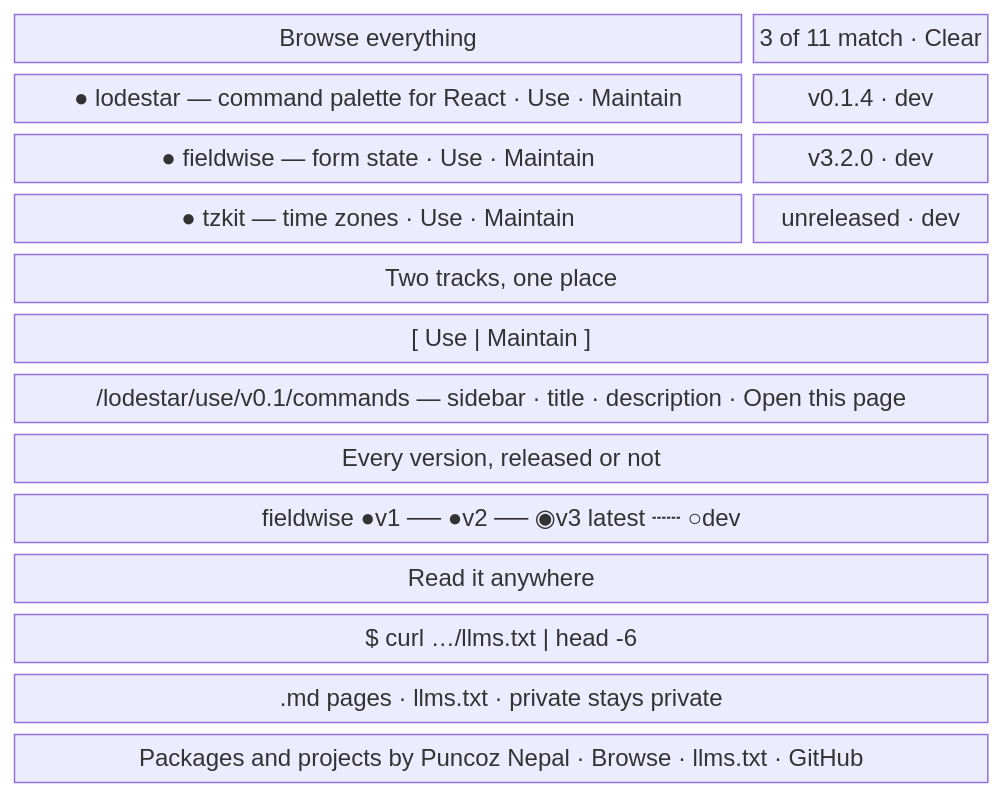
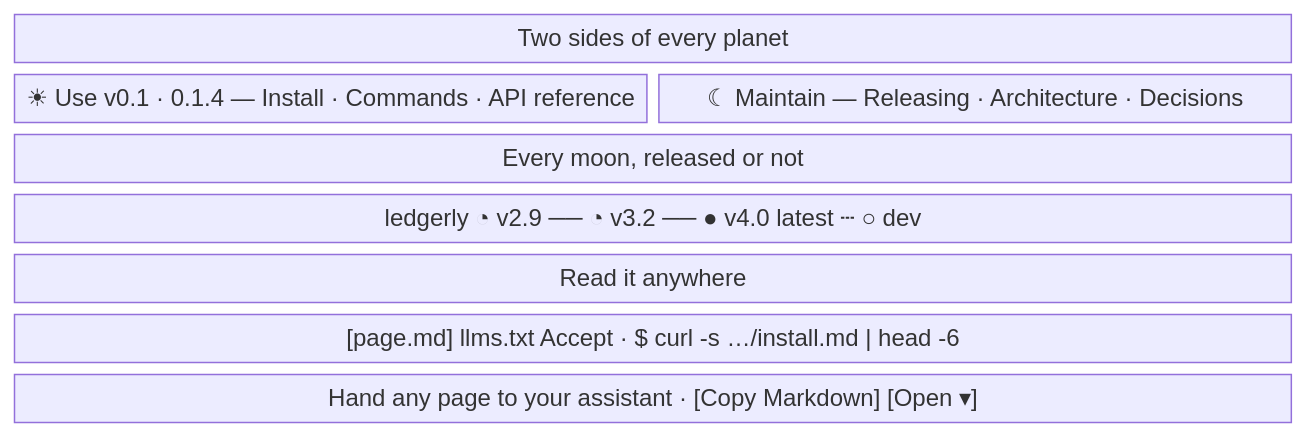
One commit to nepal-dev-com/docs.nepal-dev.com changed the seventh of 7 diagrams in content/docs/maintain/app-flow/home-page.mdx. Above: the diagram before and after it, drawn with Mermaid. The commit also changed other lines of this file and 63 other files, not shown here.

````diff
--- a/content/docs/maintain/app-flow/home-page.mdx
+++ b/content/docs/maintain/app-flow/home-page.mdx
@@ -165,17 +207,11 @@
 ```mermaid
 block-beta
   columns 4
-  hb["Browse everything"]:3 cnt["3 of 11 match · Clear"]
-  r1["● lodestar — command palette for React · Use · Maintain"]:3 v1["v0.1.4 · dev"]
-  r2["● fieldwise — form state · Use · Maintain"]:3 v2["v3.2.0 · dev"]
-  r3["● tzkit — time zones · Use · Maintain"]:3 v3["unreleased · dev"]
-  ht["Two tracks, one place"]:4
-  seg["[ Use | Maintain ]"]:4
-  win["/lodestar/use/v0.1/commands — sidebar · title · description · Open this page"]:4
-  hv["Every version, released or not"]:4
-  rail["fieldwise ●v1 ── ●v2 ── ◉v3 latest ┄┄ ○dev"]:4
+  hs["Two sides of every planet"]:4
+  day["☀ Use v0.1 · 0.1.4 — Install · Commands · API reference"]:2 night["☾ Maintain — Releasing · Architecture · Decisions"]:2
+  hm["Every moon, released or not"]:4
+  m1["ledgerly  ◔ v2.9 ── ◔ v3.2 ── ● v4.0 latest ┄ ○ dev"]:4
   ha["Read it anywhere"]:4
-  term["$ curl …/llms.txt | head -6"]:4
-  cards[".md pages · llms.txt · private stays private"]:4
-  foot["Packages and projects by Puncoz Nepal · Browse · llms.txt · GitHub"]:4
+  term["[page.md] llms.txt Accept · $ curl -s …/install.md | head -6"]:4
+  assist["Hand any page to your assistant · [Copy Markdown] [Open ▾]"]:4
 ```
````
